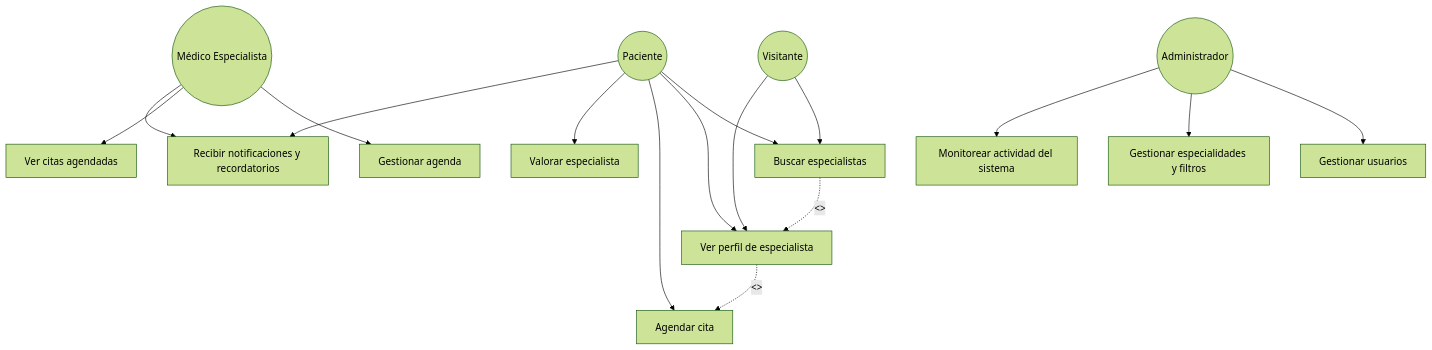
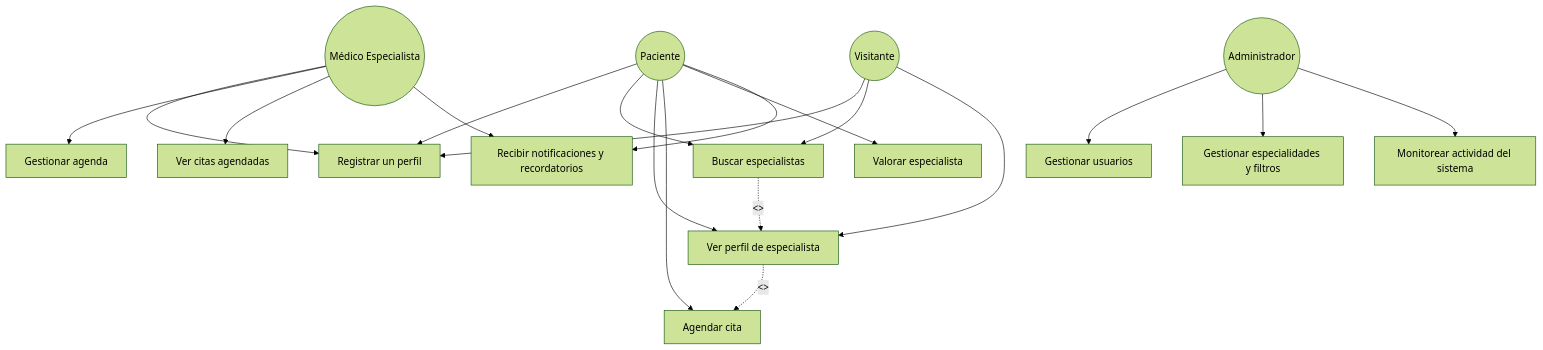
The diagram in docs/planificacion_y_documentacion/diagramas/diagrama_casos_de_uso.md (LIDR-academy/AI4Devs-finalproject), drawn with Mermaid (forest theme) before and after one commit. The commit also changed 8 other files, not shown here.

````diff
--- a/docs/planificacion_y_documentacion/diagramas/diagrama_casos_de_uso.md
+++ b/docs/planificacion_y_documentacion/diagramas/diagrama_casos_de_uso.md
@@ -1,38 +1,42 @@
 ```mermaid
 flowchart TD
     Visitante((Visitante))
     Paciente((Paciente))
     Medico((Médico Especialista))
     Admin((Administrador))
-    
-    UC1[Buscar especialistas]
-    UC2[Ver perfil de especialista]
-    UC3[Agendar cita]
-    UC4[Valorar especialista]
-    UC5[Recibir notificaciones y recordatorios]
-    UC6[Gestionar agenda]
-    UC7[Ver citas agendadas]
-    UC8[Gestionar usuarios]
-    UC9[Gestionar especialidades y filtros]
-    UC10[Monitorear actividad del sistema]
-    
+
+    UC1[Registrar un perfil]
+    UC2[Buscar especialistas]
+    UC3[Ver perfil de especialista]
+    UC4[Agendar cita]
+    UC5[Valorar especialista]
+    UC6[Recibir notificaciones y recordatorios]
+    UC7[Gestionar agenda]
+    UC8[Ver citas agendadas]
+    UC9[Gestionar usuarios]
+    UC10[Gestionar especialidades y filtros]
+    UC11[Monitorear actividad del sistema]
+
     Visitante --> UC1
     Visitante --> UC2
+    Visitante --> UC3
 
     Paciente --> UC1
     Paciente --> UC2
     Paciente --> UC3
     Paciente --> UC4
     Paciente --> UC5
-    
+    Paciente --> UC6
+
+    Medico --> UC1
+    Medico --> UC7
+    Medico --> UC8
     Medico --> UC6
-    Medico --> UC7
-    Medico --> UC5
-    
-    Admin --> UC8
+
     Admin --> UC9
     Admin --> UC10
-    
-    UC1 -.-> |<<include>>| UC2
+    Admin --> UC11
+
     UC2 -.-> |<<include>>| UC3
+    UC3 -.-> |<<include>>| UC4
 ```
````
